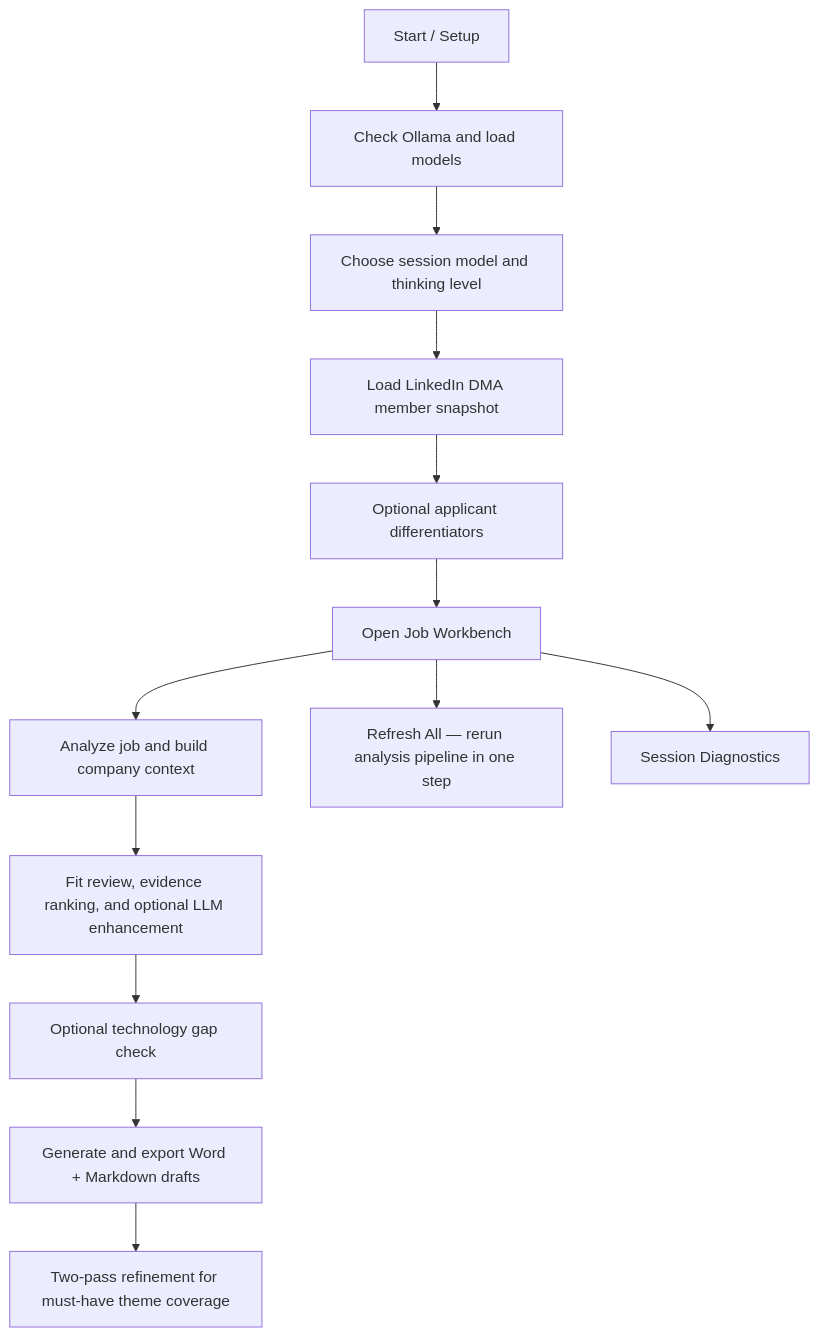
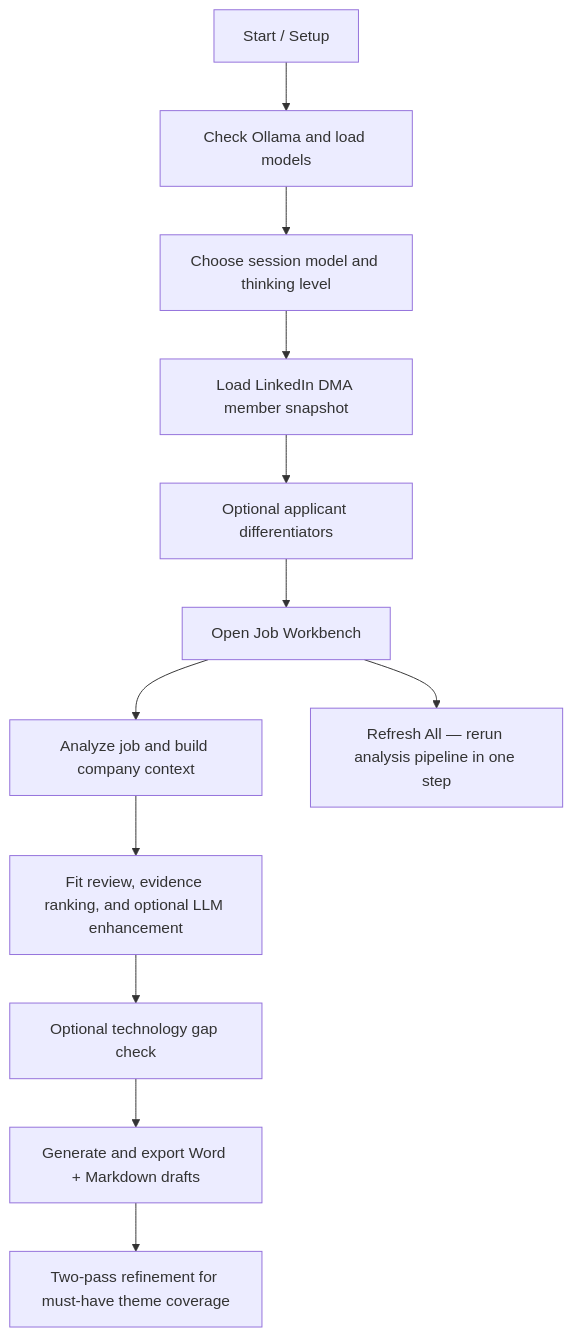
The diagram in README.md (hennie42/li-jobber), drawn with Mermaid before and after one commit. The commit also changed other lines of this file and 19 other files, not shown here.

First line of the commit message:
Add Web Client and Shared UI components; remove session diagnostics

````diff
--- a/README.md
+++ b/README.md
@@ -48,15 +47,14 @@
 ```mermaid
 graph TD
     A[Start / Setup] --> B[Check Ollama and load models]
     B --> C[Choose session model and thinking level]
     C --> D[Load LinkedIn DMA member snapshot]
     D --> E[Optional applicant differentiators]
     E --> F[Open Job Workbench]
     F --> G[Analyze job and build company context]
     G --> H[Fit review, evidence ranking, and optional LLM enhancement]
     H --> I[Optional technology gap check]
     I --> J[Generate and export Word + Markdown drafts]
     J --> K[Two-pass refinement for must-have theme coverage]
     F --> L[Refresh All — rerun analysis pipeline in one step]
-    F --> M[Session Diagnostics]
 ```
````
